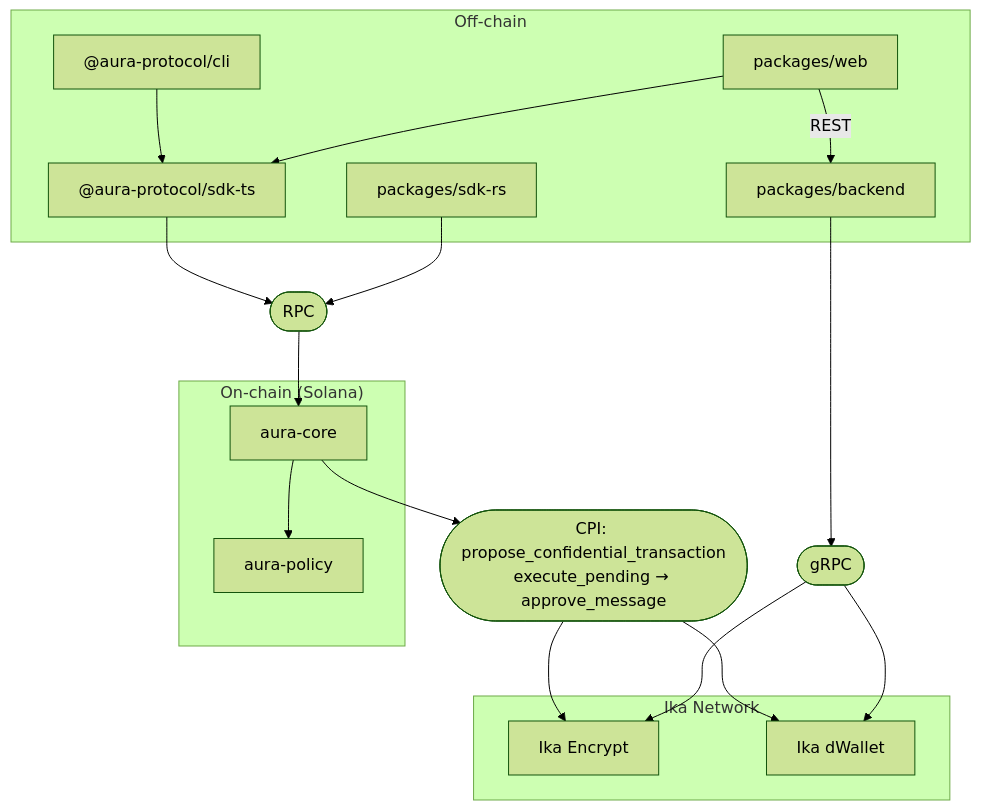
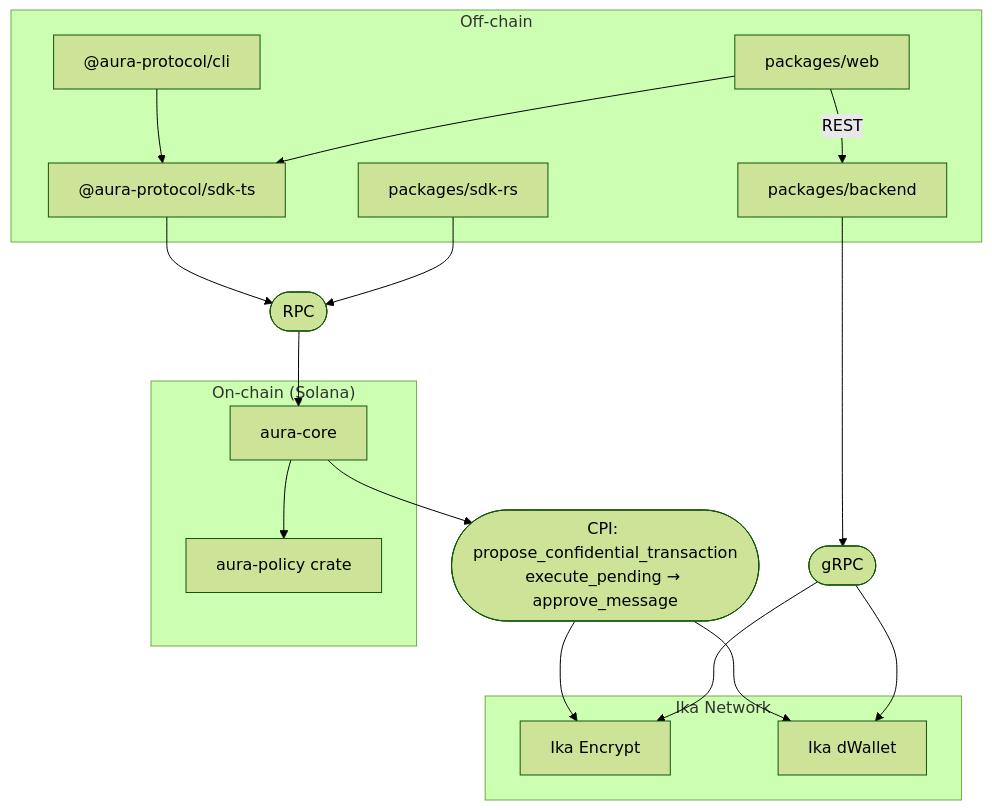
Before and after one commit to exyreams/aura: the first of 6 diagrams in packages/docs/content/overview/architecture.mdx, drawn with Mermaid (forest theme). The commit also changed other lines of this file and 36 other files, not shown here.

````diff
--- a/packages/docs/content/overview/architecture.mdx
+++ b/packages/docs/content/overview/architecture.mdx
@@ -11,41 +11,41 @@
 ```mermaid
 graph TB
   subgraph OnChain ["On-chain (Solana)"]
     Core["aura-core"]
-    Policy["aura-policy"]
+    Policy["aura-policy crate"]
     Core --> Policy
   end
 
   subgraph Ika ["Ika Network"]
     Encrypt["Ika Encrypt"]
     DWallet["Ika dWallet"]
   end
 
   subgraph OffChain ["Off-chain"]
     Web["packages/web"]
     CLI["@aura-protocol/cli"]
     SdkTs["@aura-protocol/sdk-ts"]
     SdkRs["packages/sdk-rs"]
     Backend["packages/backend"]
   end
 
   RPC(["RPC"])
   GRPC(["gRPC"])
   CPI(["CPI: propose_confidential_transaction\nexecute_pending → approve_message"])
 
   Core --> CPI
   CPI --> Encrypt
   CPI --> DWallet
 
   Backend --> GRPC
   GRPC --> Encrypt
   GRPC --> DWallet
 
   SdkTs --> RPC
   SdkRs --> RPC
   RPC --> Core
 
   CLI --> SdkTs
   Web --> SdkTs
   Web -->|"REST"| Backend
 ```
````
